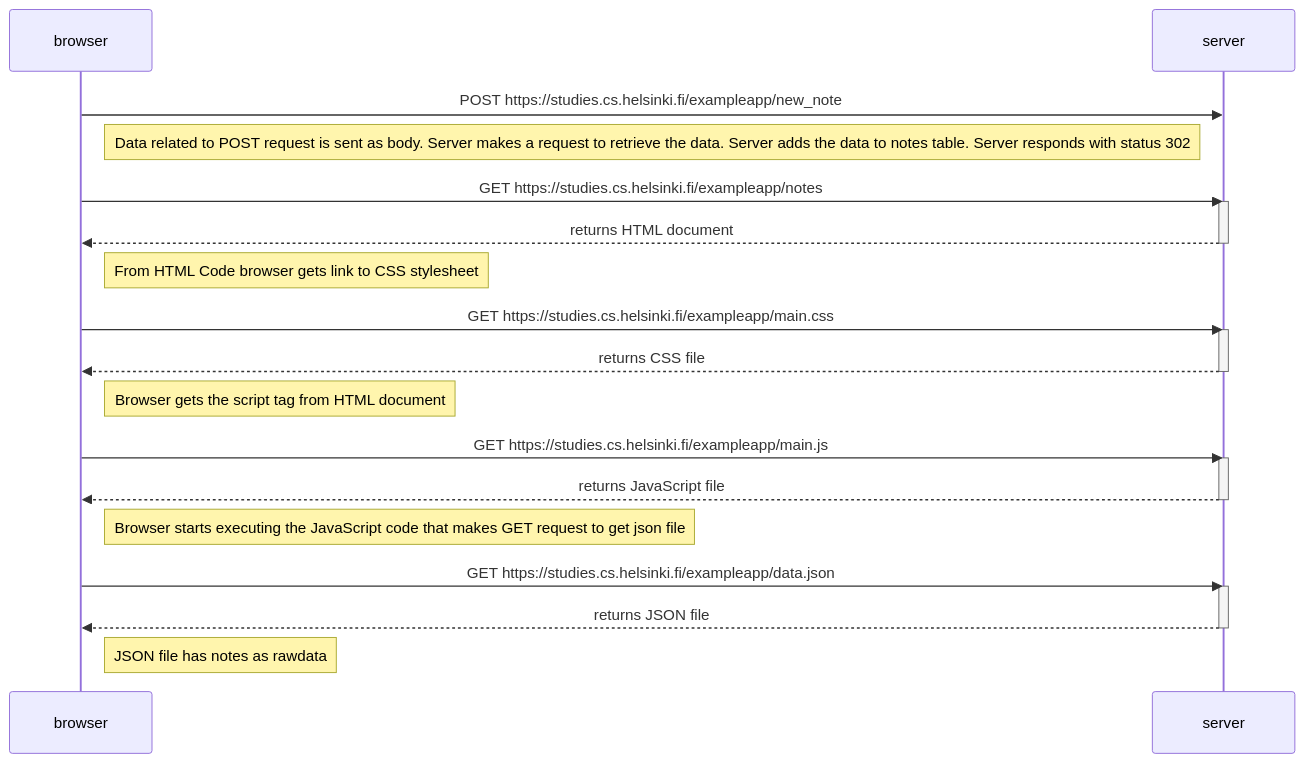
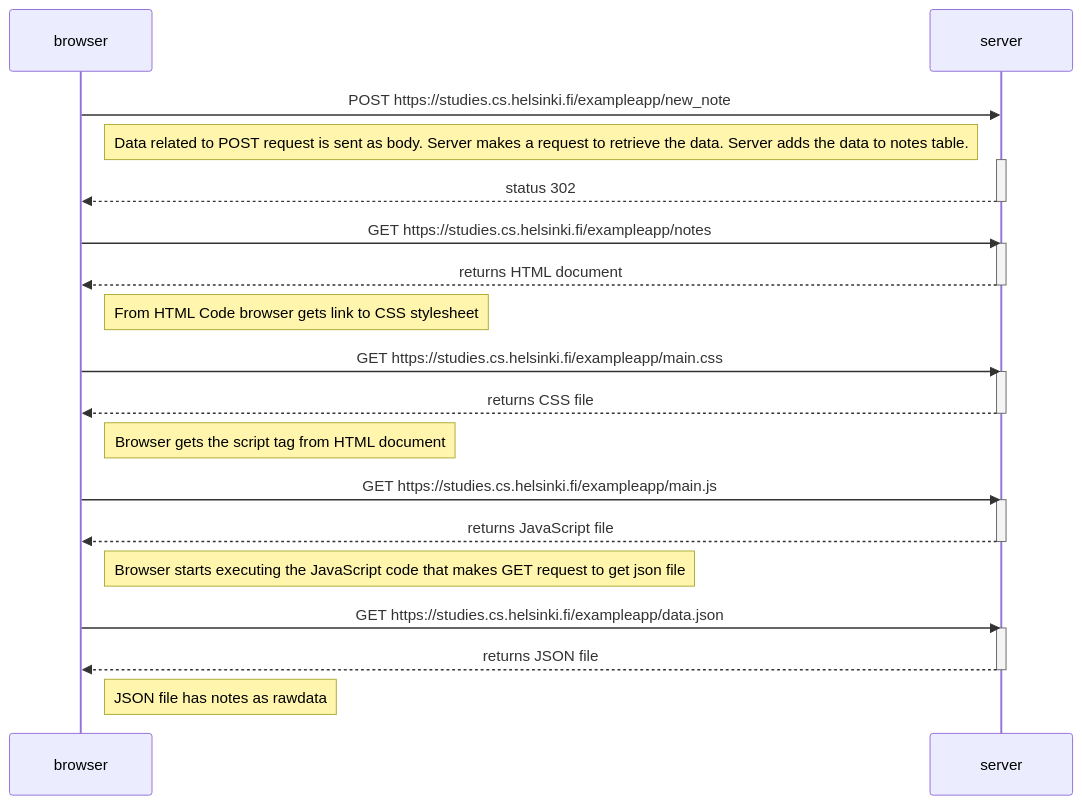
Before and after one commit to tkartasl/full_stack_open: the diagram in osa0/0.4_new_note.md, drawn with Mermaid.

````diff
--- a/osa0/0.4_new_note.md
+++ b/osa0/0.4_new_note.md
@@ -1,34 +1,38 @@
 ```mermaid
 sequenceDiagram
   participant browser
   participant server
 
   browser->>server: POST https://studies.cs.helsinki.fi/exampleapp/new_note
   
-  Note right of browser: Data related to POST request is sent as body. Server makes a request to retrieve the data. Server adds the data to notes table. Server responds with status 302
-  
+  Note right of browser: Data related to POST request is sent as body. Server makes a request to retrieve the data. Server adds the data to notes table.
+
+  activate server
+  server-->>browser: status 302
+  deactivate server
+
   browser->>server: GET https://studies.cs.helsinki.fi/exampleapp/notes
   activate server
   server-->>browser: returns HTML document
   deactivate server
   Note right of browser: From HTML Code browser gets link to CSS stylesheet
   
   browser->>server: GET https://studies.cs.helsinki.fi/exampleapp/main.css
   activate server
   server-->>browser: returns CSS file
   deactivate server
   Note right of browser: Browser gets the script tag from HTML document
   
   browser->>server: GET https://studies.cs.helsinki.fi/exampleapp/main.js
   activate server
   server-->>browser: returns JavaScript file
   deactivate server
   
   Note right of browser: Browser starts executing the JavaScript code that makes GET request to get json file
   
   browser->>server: GET https://studies.cs.helsinki.fi/exampleapp/data.json
   activate server
   server-->>browser: returns JSON file
   deactivate server
   Note right of browser: JSON file has notes as rawdata
 ```
````
